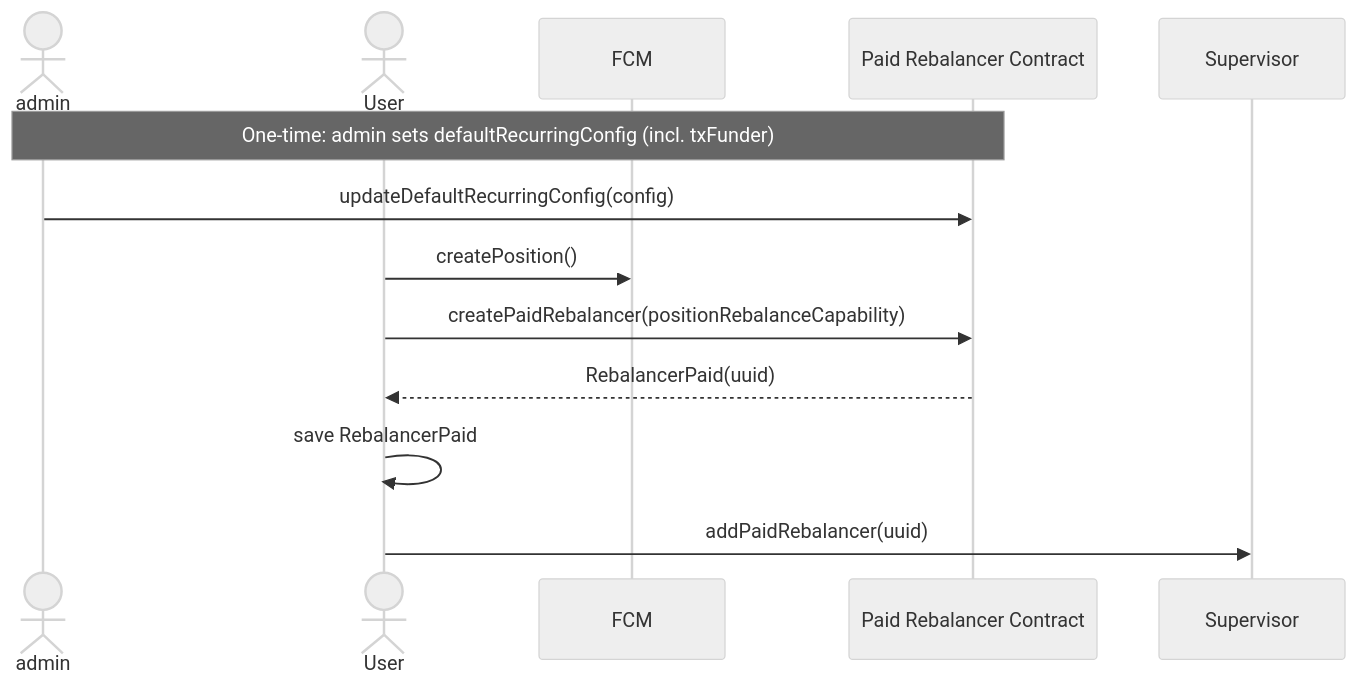
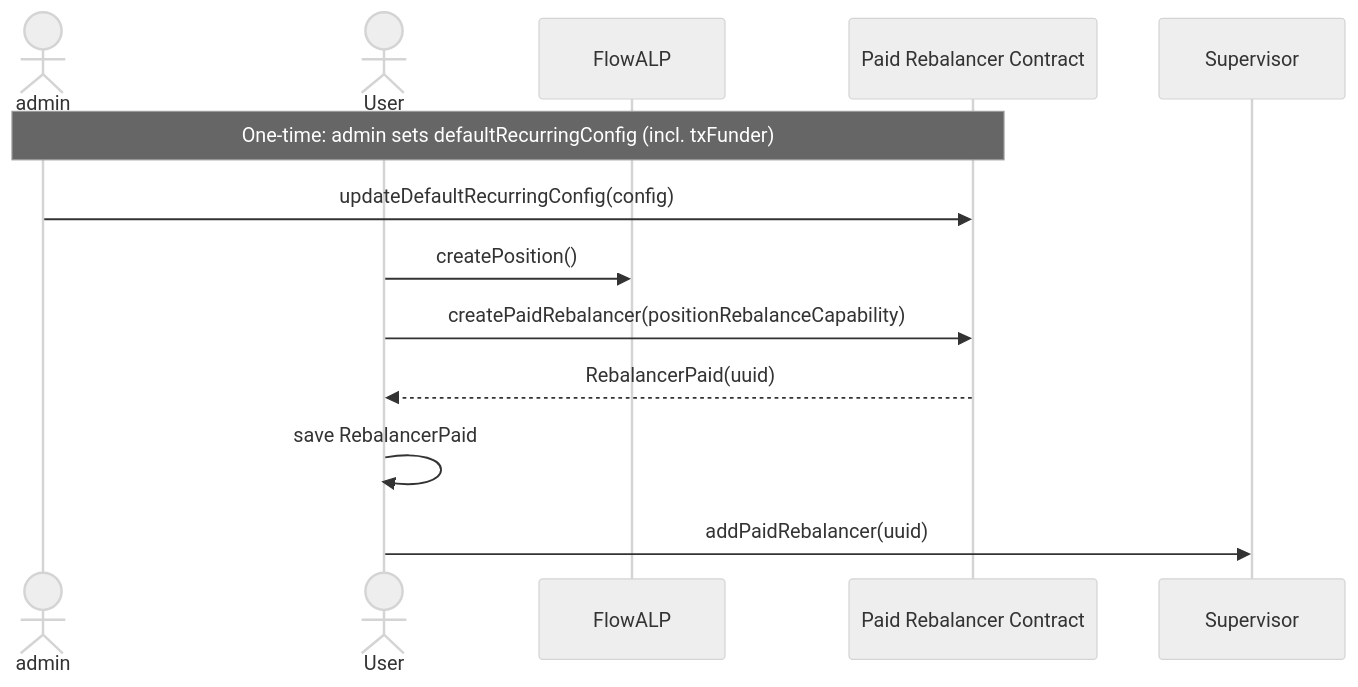
Before and after one commit to onflow/FlowALP: the first of 3 diagrams in RebalanceArchitecture.md, drawn with Mermaid (neutral theme). The commit also changed other lines of this file and 1 other file, not shown here.

Commit message:
docs: align FlowALP naming in architecture and readme

````diff
--- a/RebalanceArchitecture.md
+++ b/RebalanceArchitecture.md
@@ -56,15 +58,15 @@
 ```mermaid
 sequenceDiagram
     actor admin
     actor User
-    participant FCM
+    participant FlowALP
     participant Paid as Paid Rebalancer Contract
     participant Supervisor
     Note over admin,Paid: One-time: admin sets defaultRecurringConfig (incl. txFunder)
     admin->>Paid: updateDefaultRecurringConfig(config)
-    User->>FCM: createPosition()
+    User->>FlowALP: createPosition()
     User->>Paid: createPaidRebalancer(positionRebalanceCapability)
     Paid-->>User: RebalancerPaid(uuid)
     User->>User: save RebalancerPaid
     User->>Supervisor: addPaidRebalancer(uuid)
 ```
````
